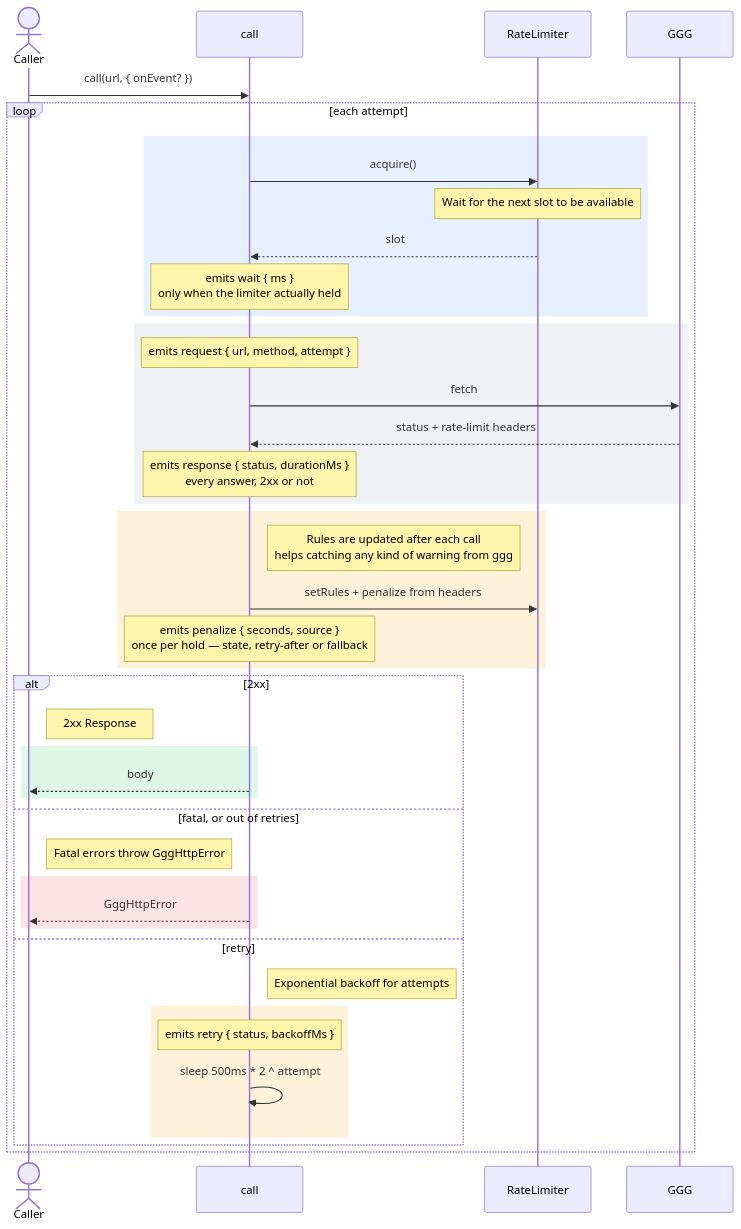
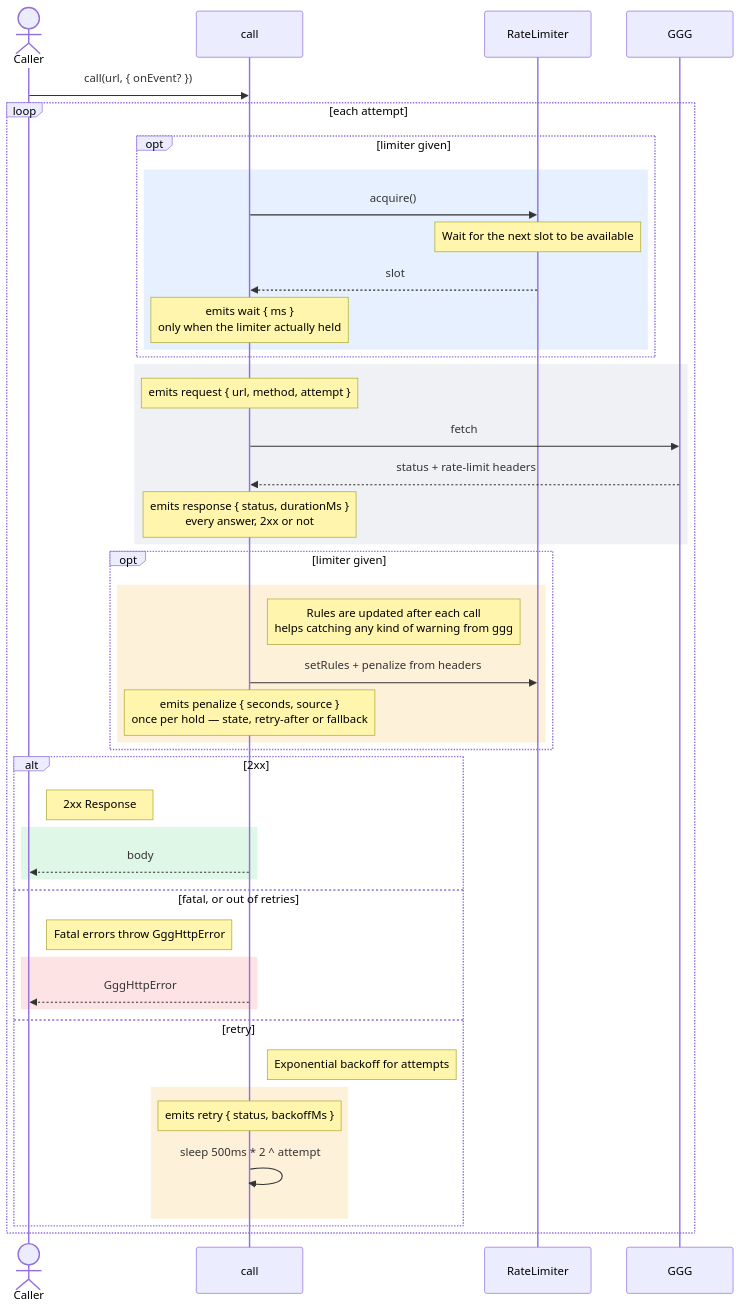
One commit to andreicaminschi/poe-stuff changed the diagram in packages/ggg/docs/call.mmd. Above: the diagram before and after it, drawn with Mermaid. The commit also changed 2 other files, not shown here.

Commit message:
feat: made limiter optional

```diff
--- a/packages/ggg/docs/call.mmd
+++ b/packages/ggg/docs/call.mmd
@@ -1,50 +1,54 @@
 sequenceDiagram
     %% blue = wait, grey = network, amber = limits back, green = body, red = error
     %% onEvent gets no lifeline: it is the caller's own callback, run inline on this
     %% stack, so it is an annotation on each phase rather than a party to the exchange.
     actor Caller
     participant Call as call
     participant Limiter as RateLimiter
     participant API as GGG
 
     Caller->>Call: call(url, { onEvent? })
 
     loop each attempt
-        rect rgba(59, 130, 246, 0.12)
-            Call->>Limiter: acquire()
-            Note over Limiter: Wait for the next slot to be available
-            Limiter-->>Call: slot
-            Note over Call: emits wait { ms }<br/>only when the limiter actually held
+        opt limiter given
+            rect rgba(59, 130, 246, 0.12)
+                Call->>Limiter: acquire()
+                Note over Limiter: Wait for the next slot to be available
+                Limiter-->>Call: slot
+                Note over Call: emits wait { ms }<br/>only when the limiter actually held
+            end
         end
 
         rect rgba(148, 163, 184, 0.15)
             Note over Call: emits request { url, method, attempt }
             Call->>API: fetch
             API-->>Call: status + rate-limit headers
             Note over Call: emits response { status, durationMs }<br/>every answer, 2xx or not
         end
 
-        rect rgba(245, 158, 11, 0.15)
-            Note right of Call: Rules are updated after each call<br/>helps catching any kind of warning from ggg
-            Call->>Limiter: setRules + penalize from headers
-            Note over Call: emits penalize { seconds, source }<br/>once per hold — state, retry-after or fallback
+        opt limiter given
+            rect rgba(245, 158, 11, 0.15)
+                Note right of Call: Rules are updated after each call<br/>helps catching any kind of warning from ggg
+                Call->>Limiter: setRules + penalize from headers
+                Note over Call: emits penalize { seconds, source }<br/>once per hold — state, retry-after or fallback
+            end
         end
 
         alt 2xx
             Note right of Caller: 2xx Response
             rect rgba(34, 197, 94, 0.15)
                 Call-->>Caller: body
             end
         else fatal, or out of retries
             Note right of Caller: Fatal errors throw GggHttpError
             rect rgba(239, 68, 68, 0.15)
                 Call-->>Caller: GggHttpError
             end
         else retry
             Note right of Call: Exponential backoff for attempts
             rect rgba(245, 158, 11, 0.15)
                 Note over Call: emits retry { status, backoffMs }
                 Call->>Call: sleep 500ms * 2 ^ attempt
             end
         end
     end
```
